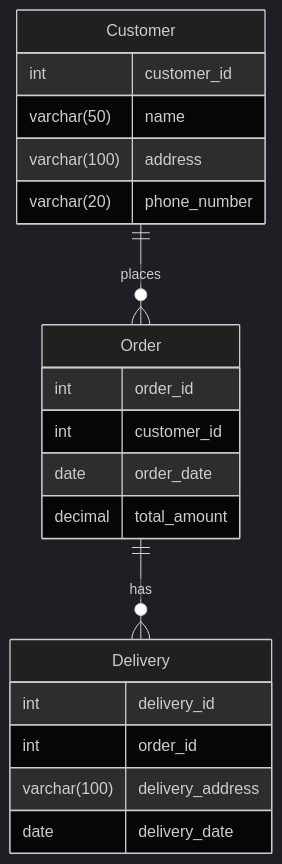
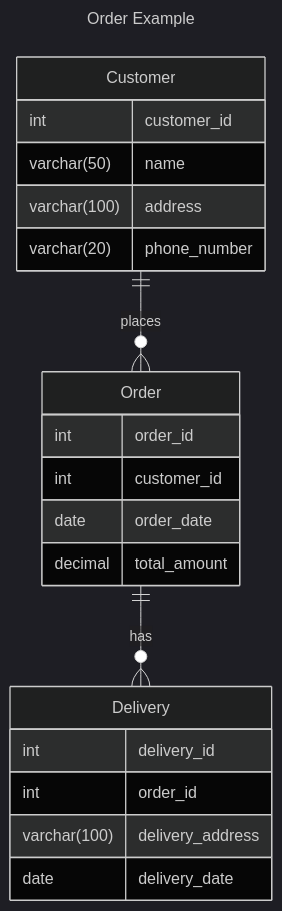
One commit to rameswarmangaraj/DataEngineering changed the diagram in DatabaseFundamentals.md. Above: the diagram before and after it, drawn with Mermaid (dark theme). The commit also changed other lines of this file, not shown here.

````diff
--- a/DatabaseFundamentals.md
+++ b/DatabaseFundamentals.md
@@ -65,27 +65,30 @@
 ```mermaid
+---
+title: Order Example
+---
 erDiagram
     Customer {
         int customer_id
         varchar(50) name
         varchar(100) address
         varchar(20) phone_number
     }
 
     Order {
         int order_id
         int customer_id
         date order_date
         decimal total_amount
     }
 
     Delivery {
         int delivery_id
         int order_id
         varchar(100) delivery_address
         date delivery_date
     }
 
     Customer ||--o{ Order : "places"
     Order ||--o{ Delivery : "has"
 
 ```
````
